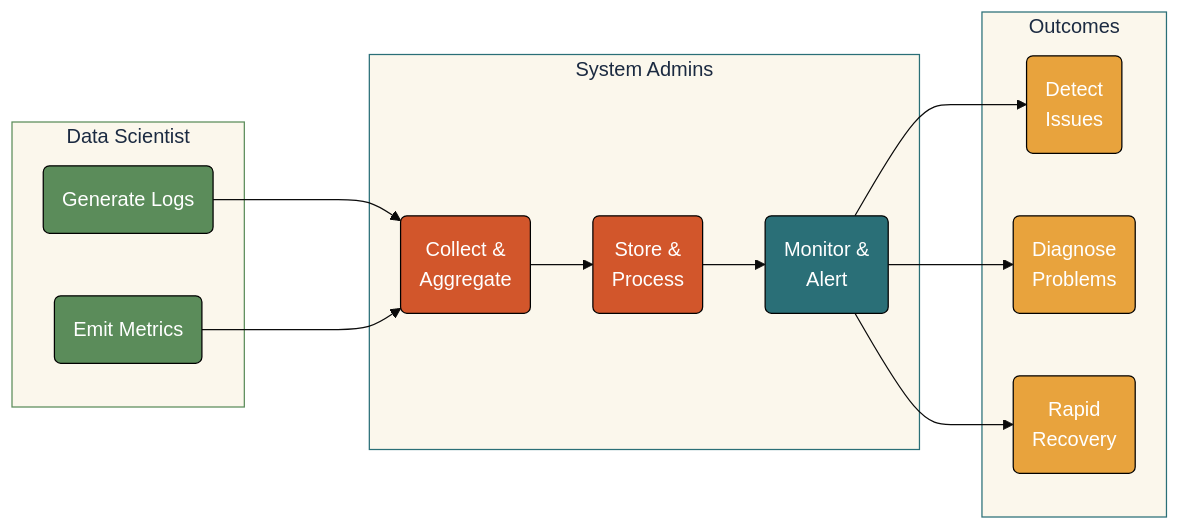
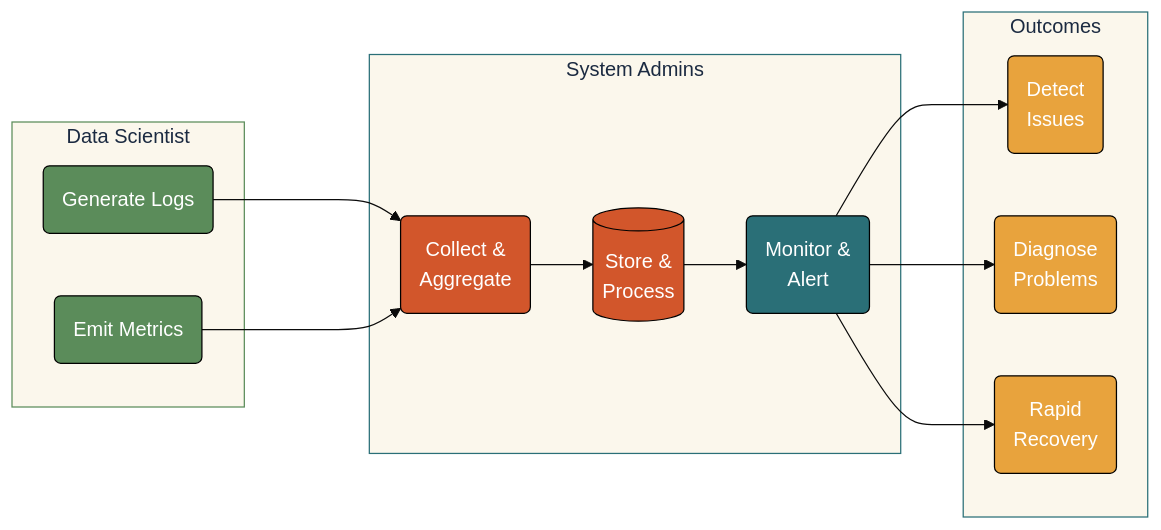
The fourth of 4 diagrams in lab04.qmd (mjfrigaard/do4ds-labs), drawn with Mermaid before and after one commit. The commit also changed other lines of this file and 69 other files, not shown here.

Commit message:
style review fixes; mermaid look; lab07 model scripts and workflow deps

````diff
--- a/lab04.qmd
+++ b/lab04.qmd
@@ -372,46 +380,46 @@
 ```{mermaid}
 %%| fig-cap: 'Observability Responsibilities'
 %%| fig-width: 8.0
 %%| fig-align: 'center'
-%%{init: {'theme': 'base', 'themeVariables': {'fontFamily': 'monospace'}}}%%
+%%{init: {'theme': 'base', 'look': 'classic', 'themeVariables': {'fontFamily': 'monospace'}}}%%
 
 graph LR
     subgraph DatSci["Data Scientist"]
         A("Generate Logs")
         B("Emit Metrics")
     end
     
     subgraph SysAdmin["System Admins"]
         C("Collect &<br>Aggregate")
-        D("Store &<br>Process")
+        D[("Store &<br>Process")]
         E("Monitor &<br>Alert")
     end
     
     subgraph Out["Outcomes"]
         F("Detect<br>Issues")
         G("Diagnose<br>Problems")
         H("Rapid<br>Recovery")
     end
     
     A ---> C
     B ---> C
     C --> D
     D --> E
     E --> F & G & H
 
     
     
     style A fill:#5B8C5A,stroke:#000000,stroke-width:1px,color:#ffffff
     style B fill:#5B8C5A,stroke:#000000,stroke-width:1px,color:#ffffff
     style C fill:#D2562B,stroke:#000000,stroke-width:1px,color:#ffffff
     style D fill:#D2562B,stroke:#000000,stroke-width:1px,color:#ffffff
     style E fill:#2A6F77,stroke:#000000,stroke-width:1px,color:#ffffff
     style F fill:#E8A33D,stroke:#000000,stroke-width:1px,color:#ffffff
     style G fill:#E8A33D,stroke:#000000,stroke-width:1px,color:#ffffff
     style H fill:#E8A33D,stroke:#000000,stroke-width:1px,color:#ffffff
     style DatSci fill:#fbf7ec,stroke:#5B8C5A,color:#1B2A41
     style SysAdmin fill:#fbf7ec,stroke:#2A6F77,color:#1B2A41
     style Out fill:#fbf7ec,stroke:#2A6F77,color:#1B2A41
     
     
 ```
````
